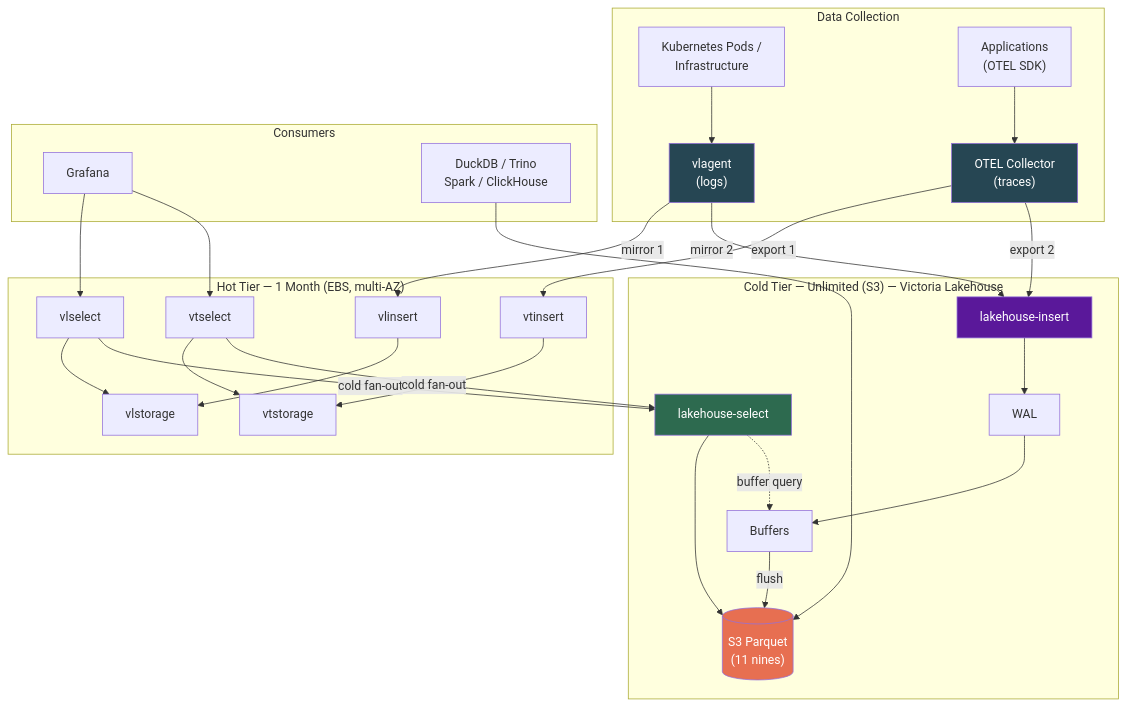
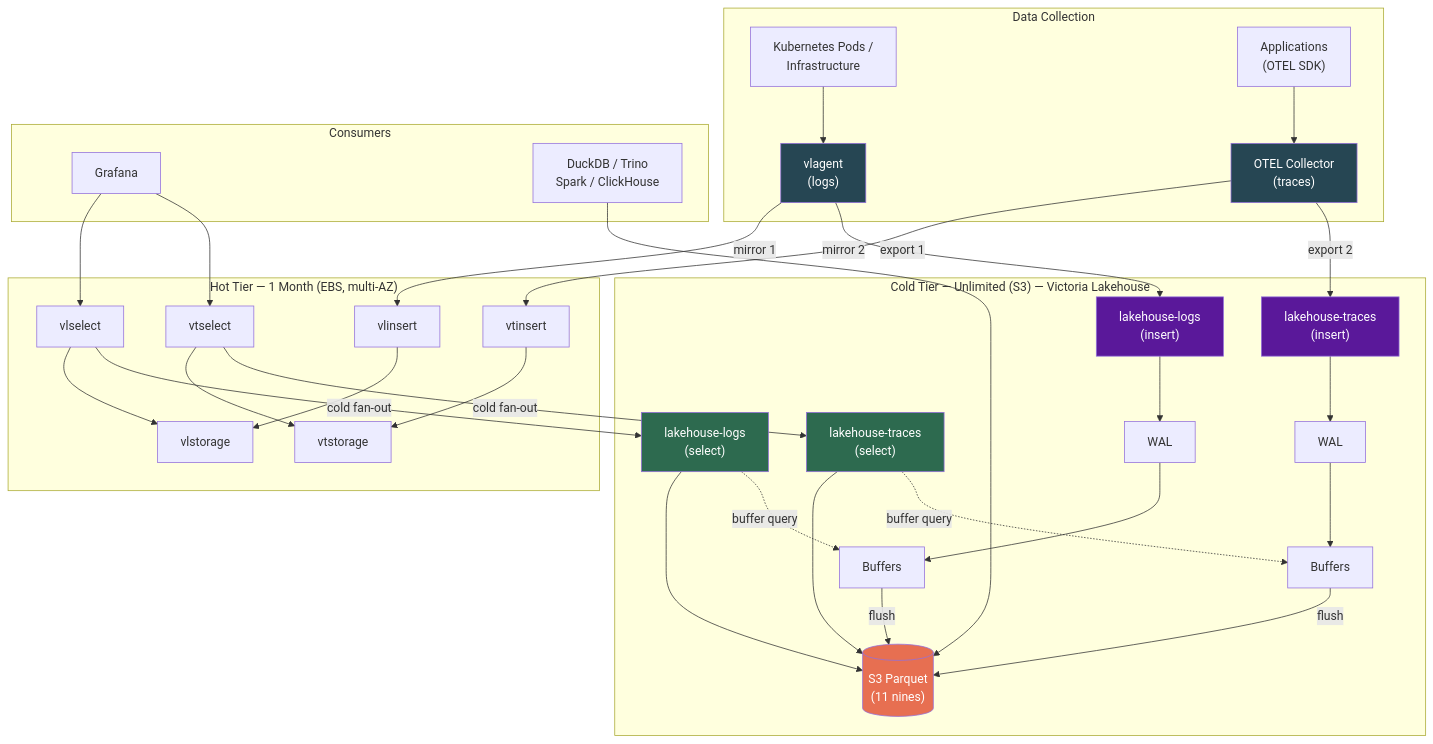
Before and after one commit to ReliablyObserve/victoria-lakehouse: the first of 8 diagrams in README.md, drawn with Mermaid. The commit also changed other lines of this file and 99 other files, not shown here.

First line of the commit message:
feat: split into separate lakehouse-logs and lakehouse-traces binaries

````diff
--- a/README.md
+++ b/README.md
@@ -96,43 +113,51 @@
 ```mermaid
 graph TB
     subgraph "Data Collection"
         K8S["Kubernetes Pods /<br/>Infrastructure"] --> VA["vlagent<br/>(logs)"]
         APP["Applications<br/>(OTEL SDK)"] --> OC["OTEL Collector<br/>(traces)"]
     end
 
     subgraph "Hot Tier — 1 Month (EBS, multi-AZ)"
         VA -->|mirror 1| VLI["vlinsert"]
         OC -->|export 1| VTI["vtinsert"]
         VLI --> VLSTO["vlstorage"]
         VTI --> VTSTO["vtstorage"]
         VLSEL["vlselect"]
         VTSEL["vtselect"]
         VLSEL --> VLSTO
         VTSEL --> VTSTO
     end
 
     subgraph "Cold Tier — Unlimited (S3) — Victoria Lakehouse"
-        VA -->|mirror 2| LHI["lakehouse-insert"]
-        OC -->|export 2| LHI
-        LHI --> WAL["WAL"]
-        WAL --> BUF["Buffers"]
-        BUF -->|flush| S3[("S3 Parquet<br/>(11 nines)")]
-        LHS["lakehouse-select"]
-        LHS --> S3
-        LHS -.->|buffer query| BUF
+        VA -->|mirror 2| LHL["lakehouse-logs<br/>(insert)"]
+        OC -->|export 2| LHT["lakehouse-traces<br/>(insert)"]
+        LHL --> WAL1["WAL"]
+        LHT --> WAL2["WAL"]
+        WAL1 --> BUF1["Buffers"]
+        WAL2 --> BUF2["Buffers"]
+        BUF1 -->|flush| S3[("S3 Parquet<br/>(11 nines)")]
+        BUF2 -->|flush| S3
+        LHLS["lakehouse-logs<br/>(select)"]
+        LHTS["lakehouse-traces<br/>(select)"]
+        LHLS --> S3
+        LHTS --> S3
+        LHLS -.->|buffer query| BUF1
+        LHTS -.->|buffer query| BUF2
     end
 
     subgraph "Consumers"
         GF["Grafana"] --> VLSEL
         GF --> VTSEL
-        VLSEL -->|cold fan-out| LHS
-        VTSEL -->|cold fan-out| LHS
+        VLSEL -->|cold fan-out| LHLS
+        VTSEL -->|cold fan-out| LHTS
         DDB["DuckDB / Trino<br/>Spark / ClickHouse"] --> S3
     end
 
     style S3 fill:#e76f51,color:#fff
-    style LHI fill:#5a189a,color:#fff
-    style LHS fill:#2d6a4f,color:#fff
+    style LHL fill:#5a189a,color:#fff
+    style LHT fill:#5a189a,color:#fff
+    style LHLS fill:#2d6a4f,color:#fff
+    style LHTS fill:#2d6a4f,color:#fff
     style VA fill:#264653,color:#fff
     style OC fill:#264653,color:#fff
 ```
````
